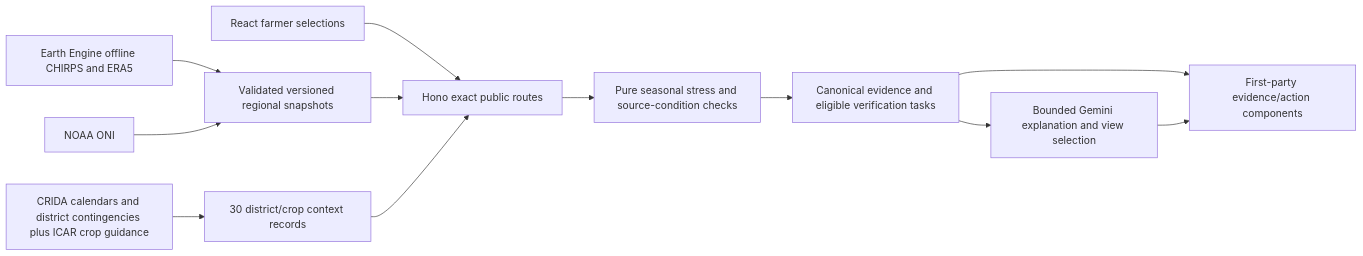
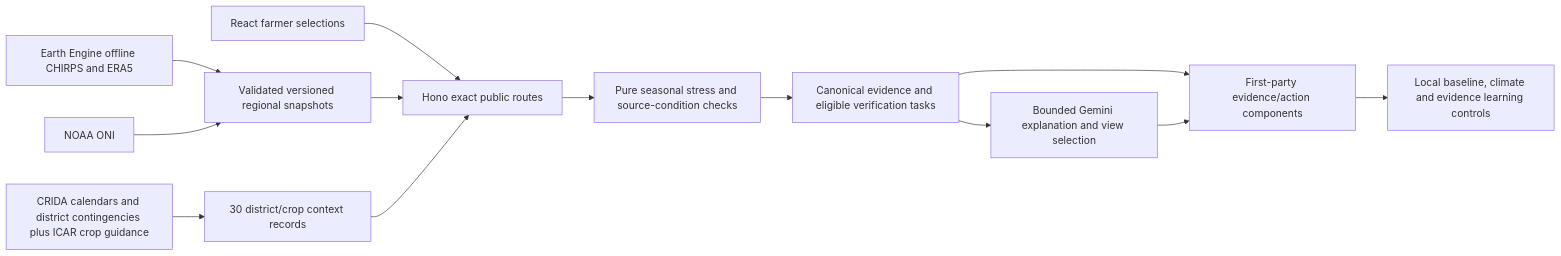
One commit to adwait-kalsekar/kavach changed the diagram in docs/architecture/season-readiness.md. Above: the diagram before and after it, drawn with Mermaid. The commit also changed other lines of this file and 12 other files, not shown here.

Commit message:
Add interactive evidence learning and faster bounded Google explanations

````diff
--- a/docs/architecture/season-readiness.md
+++ b/docs/architecture/season-readiness.md
@@ -5,14 +5,15 @@
 ```mermaid
 flowchart LR
   EE[Earth Engine offline CHIRPS and ERA5] --> P[Validated versioned regional snapshots]
   N[NOAA ONI] --> P
   C[CRIDA calendars and district contingencies plus ICAR crop guidance] --> R[30 district/crop context records]
   UI[React farmer selections] --> H[Hono exact public routes]
   P --> H
   R --> H
   H --> D[Pure seasonal stress and source-condition checks]
   D --> A[Canonical evidence and eligible verification tasks]
   A --> G[Bounded Gemini explanation and view selection]
   A --> V[First-party evidence/action components]
   G --> V
+  V --> L[Local baseline, climate and evidence learning controls]
 ```
````
